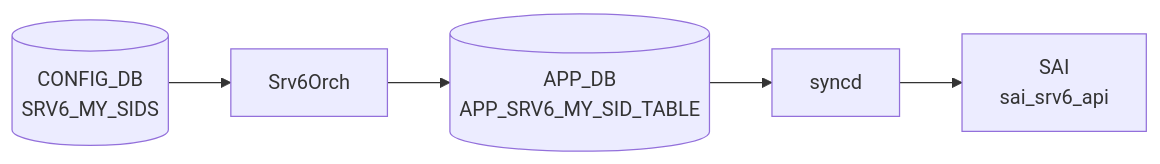
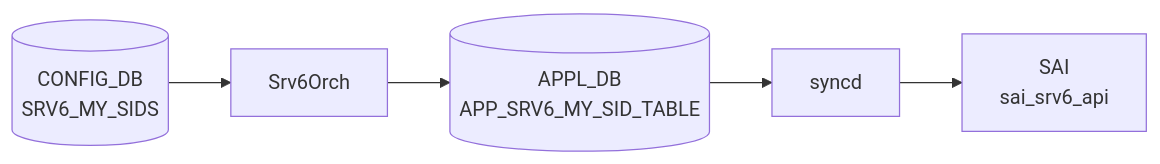
One commit to aoki-taquan/sonic-unofficial-docs changed the diagram in docs/reference/config-db/srv6-applb.md. Above: the diagram before and after it, drawn with Mermaid. The commit also changed 91 other files, not shown here.

First line of the commit message:
fix(review-067): APP_DB→APPL_DB in mermaid labels; exclude APPL_DB pages from auto-gen

````diff
--- a/docs/reference/config-db/srv6-applb.md
+++ b/docs/reference/config-db/srv6-applb.md
@@ -45,12 +45,12 @@
 ```mermaid
 flowchart LR
   CDB[("CONFIG_DB<br/>SRV6_MY_SIDS")]
   DM["Srv6Orch"]
   CDB --> DM
-  APPDB[("APP_DB<br/>APP_SRV6_MY_SID_TABLE")]
+  APPDB[("APPL_DB<br/>APP_SRV6_MY_SID_TABLE")]
   DM --> APPDB
   SYNCD["syncd"]
   APPDB --> SYNCD
   SAI["SAI<br/>sai_srv6_api"]
   SYNCD --> SAI
 ```
````
